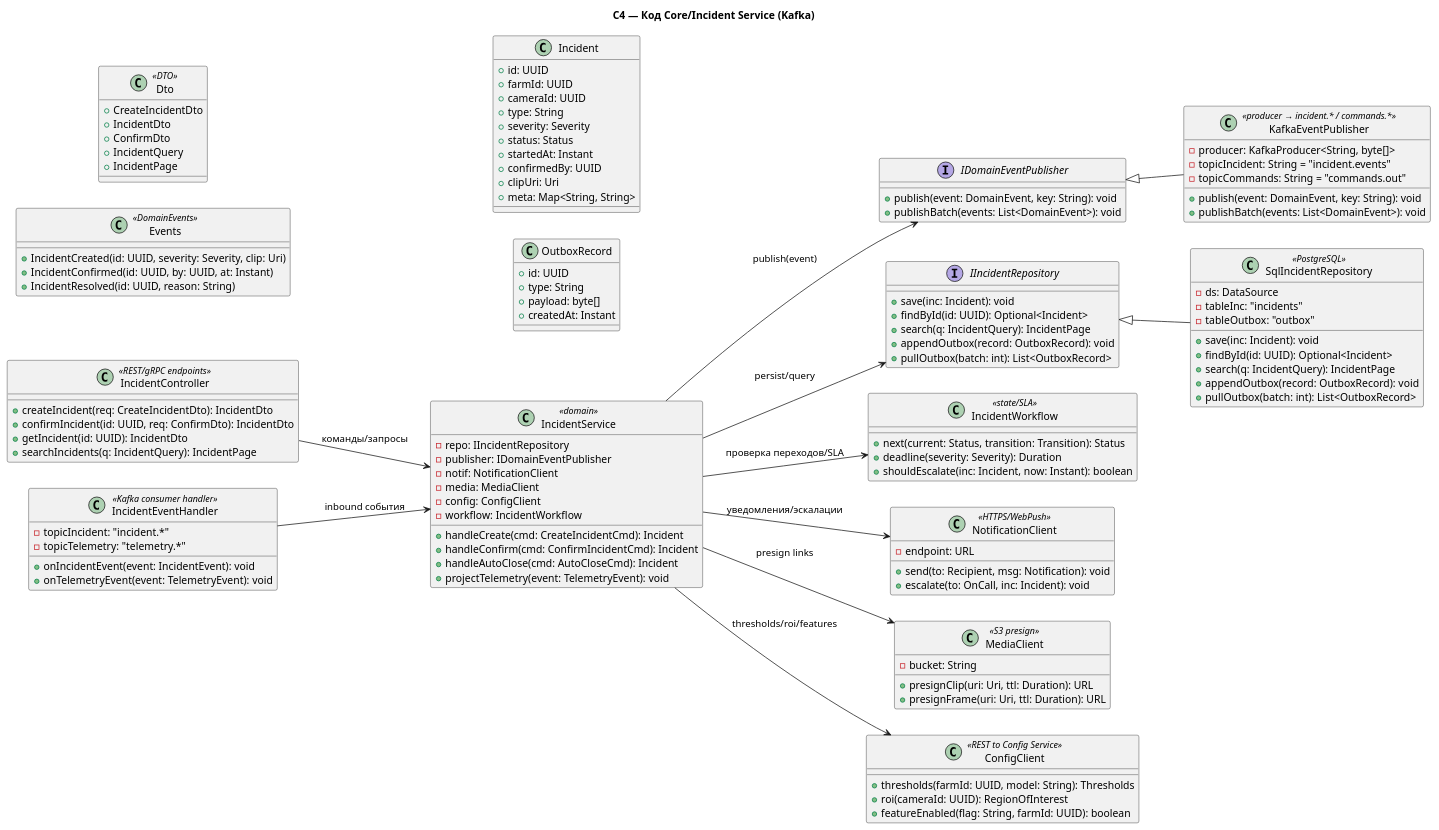
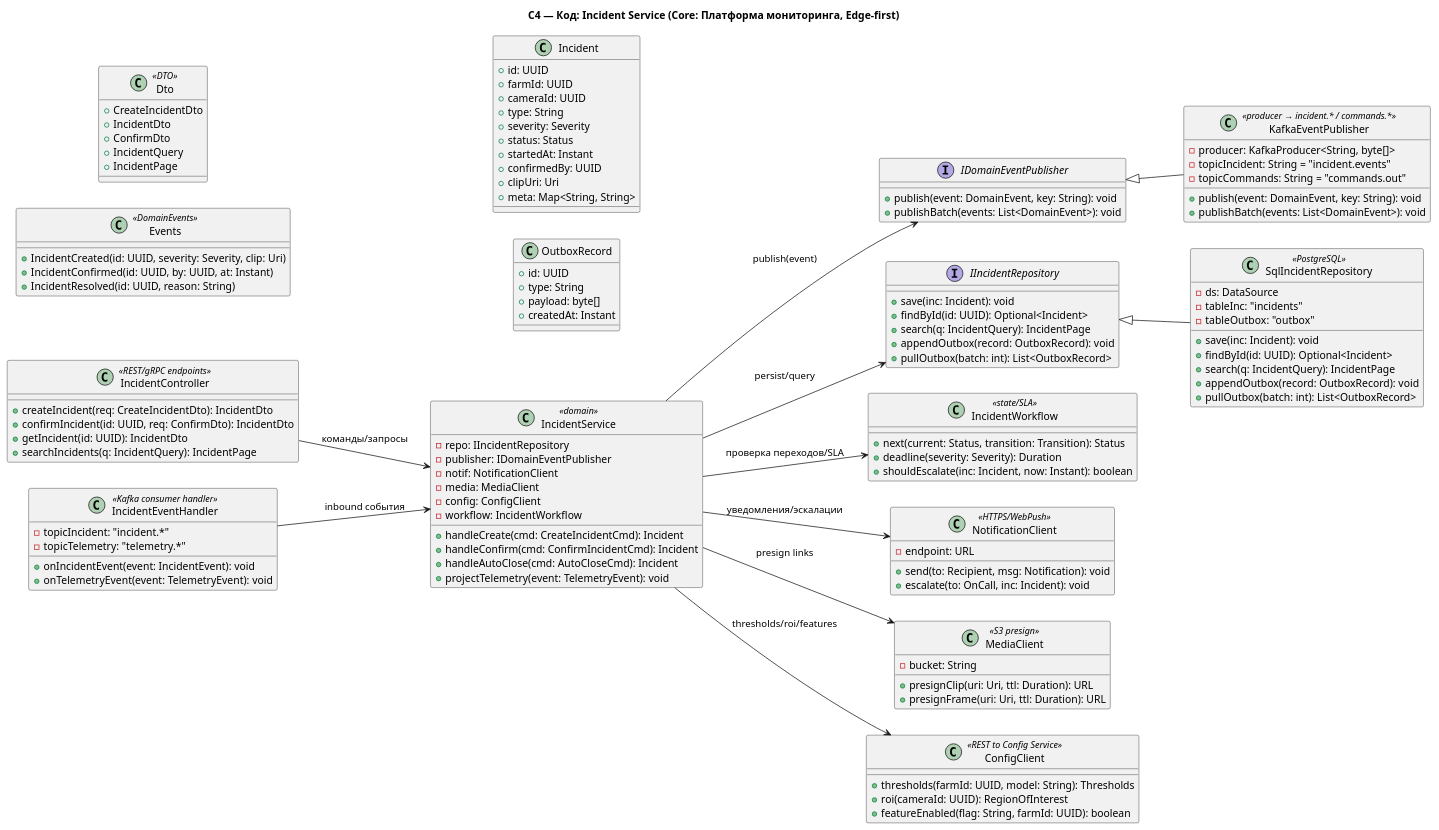
Before and after one commit to G-NighT/MSA-AgroTech: the diagram in Task3/C4-main-core.puml, drawn with PlantUML. The commit also changed 10 other files, not shown here.

```diff
--- a/Task3/C4-main-core.puml
+++ b/Task3/C4-main-core.puml
@@ -1,154 +1,154 @@
 @startuml C4-main-core
 
 left to right direction
 
-title C4 — Код Core/Incident Service (Kafka)
+title C4 — Код: Incident Service (Core: Платформа мониторинга, Edge-first)
 
 ' Контроллер/хендлеры
 class IncidentController <<REST/gRPC endpoints>> {
   +createIncident(req: CreateIncidentDto): IncidentDto
   +confirmIncident(id: UUID, req: ConfirmDto): IncidentDto
   +getIncident(id: UUID): IncidentDto
   +searchIncidents(q: IncidentQuery): IncidentPage
 }
 
 class IncidentEventHandler <<Kafka consumer handler>> {
   -topicIncident: "incident.*"
   -topicTelemetry: "telemetry.*"
   +onIncidentEvent(event: IncidentEvent): void
   +onTelemetryEvent(event: TelemetryEvent): void
 }
 
 ' Домен
 class IncidentService <<domain>> {
   -repo: IIncidentRepository
   -publisher: IDomainEventPublisher
   -notif: NotificationClient
   -media: MediaClient
   -config: ConfigClient
   -workflow: IncidentWorkflow
   +handleCreate(cmd: CreateIncidentCmd): Incident
   +handleConfirm(cmd: ConfirmIncidentCmd): Incident
   +handleAutoClose(cmd: AutoCloseCmd): Incident
   +projectTelemetry(event: TelemetryEvent): void
 }
 
 class IncidentWorkflow <<state/SLA>> {
   +next(current: Status, transition: Transition): Status
   +deadline(severity: Severity): Duration
   +shouldEscalate(inc: Incident, now: Instant): boolean
 }
 
 ' Репозиторий/Outbox
 interface IIncidentRepository {
   +save(inc: Incident): void
   +findById(id: UUID): Optional<Incident>
   +search(q: IncidentQuery): IncidentPage
   +appendOutbox(record: OutboxRecord): void
   +pullOutbox(batch: int): List<OutboxRecord>
 }
 
 class SqlIncidentRepository <<PostgreSQL>> {
   -ds: DataSource
   -tableInc: "incidents"
   -tableOutbox: "outbox"
   +save(inc: Incident): void
   +findById(id: UUID): Optional<Incident>
   +search(q: IncidentQuery): IncidentPage
   +appendOutbox(record: OutboxRecord): void
   +pullOutbox(batch: int): List<OutboxRecord>
 }
 
 ' Паблишер событий
 interface IDomainEventPublisher {
   +publish(event: DomainEvent, key: String): void
   +publishBatch(events: List<DomainEvent>): void
 }
 
 class KafkaEventPublisher <<producer → incident.* / commands.*>> {
   -producer: KafkaProducer<String, byte[]>
   -topicIncident: String = "incident.events"
   -topicCommands: String = "commands.out"
   +publish(event: DomainEvent, key: String): void
   +publishBatch(events: List<DomainEvent>): void
 }
 
 ' Клиенты
 class NotificationClient <<HTTPS/WebPush>> {
   -endpoint: URL
   +send(to: Recipient, msg: Notification): void
   +escalate(to: OnCall, inc: Incident): void
 }
 
 class MediaClient <<S3 presign>> {
   -bucket: String
   +presignClip(uri: Uri, ttl: Duration): URL
   +presignFrame(uri: Uri, ttl: Duration): URL
 }
 
 class ConfigClient <<REST to Config Service>> {
   +thresholds(farmId: UUID, model: String): Thresholds
   +roi(cameraId: UUID): RegionOfInterest
   +featureEnabled(flag: String, farmId: UUID): boolean
 }
 
 ' DTO/Events/Entities
 class Dto <<DTO>> {
   +CreateIncidentDto
   +IncidentDto
   +ConfirmDto
   +IncidentQuery
   +IncidentPage
 }
 
 class Events <<DomainEvents>> {
   +IncidentCreated(id: UUID, severity: Severity, clip: Uri)
   +IncidentConfirmed(id: UUID, by: UUID, at: Instant)
   +IncidentResolved(id: UUID, reason: String)
 }
 
 class Incident {
   +id: UUID
   +farmId: UUID
   +cameraId: UUID
   +type: String
   +severity: Severity
   +status: Status
   +startedAt: Instant
   +confirmedBy: UUID
   +clipUri: Uri
   +meta: Map<String, String>
 }
 
 class OutboxRecord {
   +id: UUID
   +type: String
   +payload: byte[]
   +createdAt: Instant
 }
 
 ' Связи
 IncidentController --> IncidentService : команды/запросы
 IncidentEventHandler --> IncidentService : inbound события
 IncidentService --> IIncidentRepository : persist/query
 SqlIncidentRepository -up-|> IIncidentRepository
 IncidentService --> IDomainEventPublisher : publish(event)
 KafkaEventPublisher -up-|> IDomainEventPublisher
 IncidentService --> NotificationClient : уведомления/эскалации
 IncidentService --> MediaClient : presign links
 IncidentService --> ConfigClient : thresholds/roi/features
 IncidentService --> IncidentWorkflow : проверка переходов/SLA
 
 ' Раскомментируйте связи ниже, чтобы показать зависимости моделей (что чем пользуется)
 'IncidentController ..> Dto : uses
 'IncidentEventHandler ..> Events : consumes
 'IncidentService ..> Incident : manipulates
 'IncidentService ..> Events : raises
 'IIncidentRepository ..> Incident : persists
 'SqlIncidentRepository ..> Incident : maps
 'IIncidentRepository ..> OutboxRecord : outbox
 'SqlIncidentRepository ..> OutboxRecord : outbox
 'IDomainEventPublisher ..> Events : publishes
 'KafkaEventPublisher ..> Events : publishes
 
 @enduml
```
